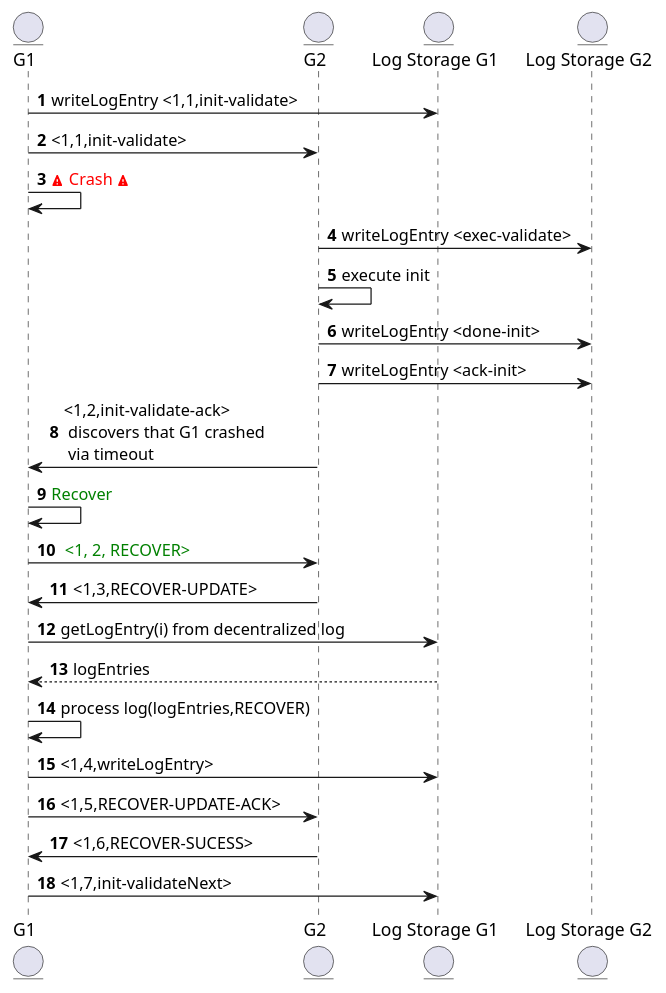
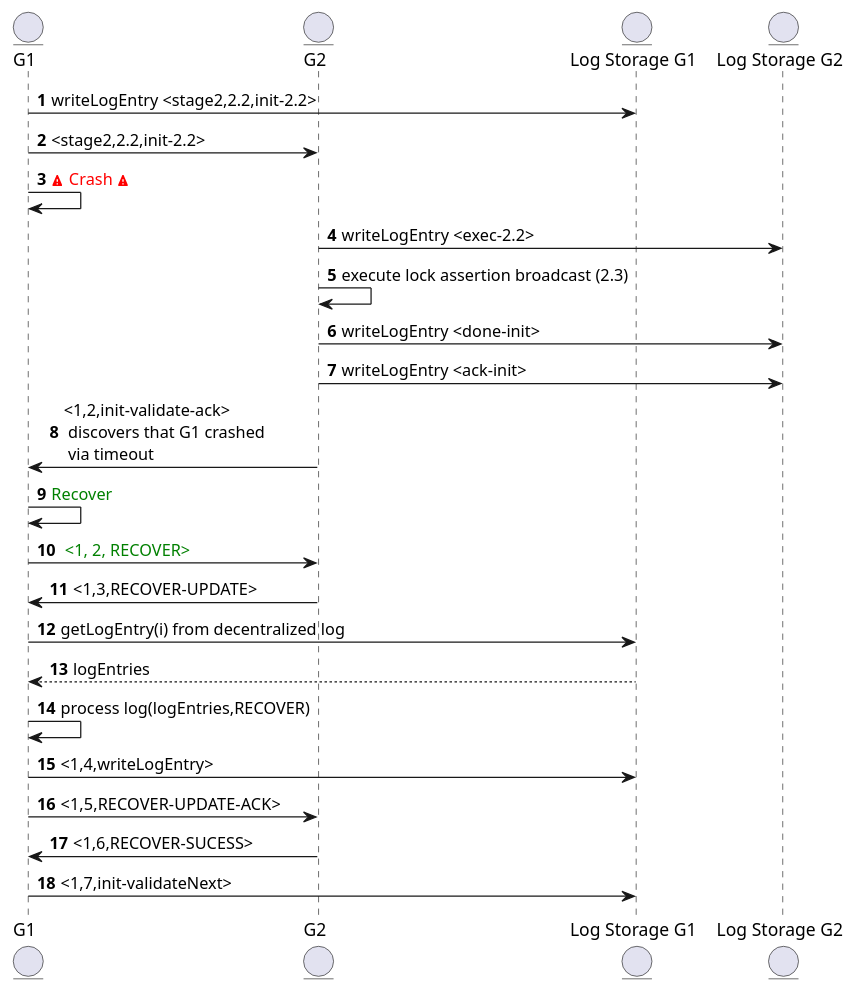
One commit to CxSci/IETF-SATP changed the diagram in drafts/crash/figures/crash.puml. Above: the diagram before and after it, drawn with PlantUML. The commit also changed 8 other files, not shown here.

```diff
--- a/drafts/crash/figures/crash.puml
+++ b/drafts/crash/figures/crash.puml
@@ -1,36 +1,36 @@
 @startuml
 
 entity "G1" as sg
 entity "G2" as rg
 entity "Log Storage G1" as log
 entity "Log Storage G2" as log2
 autonumber
 
-sg->log: writeLogEntry <1,1,init-validate>
+sg->log: writeLogEntry <stage2,2.2,init-2.2>
 
-sg->rg: <1,1,init-validate>
+sg->rg: <stage2,2.2,init-2.2>
 
 
 sg->sg: <color:red><&warning> Crash <&warning>
 
-      rg->log2: writeLogEntry <exec-validate>
-          rg->rg: execute init
+      rg->log2: writeLogEntry <exec-2.2>
+          rg->rg: execute lock assertion broadcast (2.3)
           rg->log2: writeLogEntry <done-init>
           rg->log2: writeLogEntry <ack-init>
 rg->sg: <1,2,init-validate-ack> \n discovers that G1 crashed \n via timeout
 sg->sg: <color:green>Recover
 sg->rg: <color:green> <1, 2, RECOVER>
 
 
     rg->sg: <1,3,RECOVER-UPDATE>
 sg->log: getLogEntry(i) from decentralized log
     return  logEntries
 sg->sg:  process log(logEntries,RECOVER)
 sg->log: <1,4,writeLogEntry>
 
 sg->rg: <1,5,RECOVER-UPDATE-ACK>
 rg -> sg: <1,6,RECOVER-SUCESS>
 sg->log: <1,7,init-validateNext>
 
 
 @enduml
```
